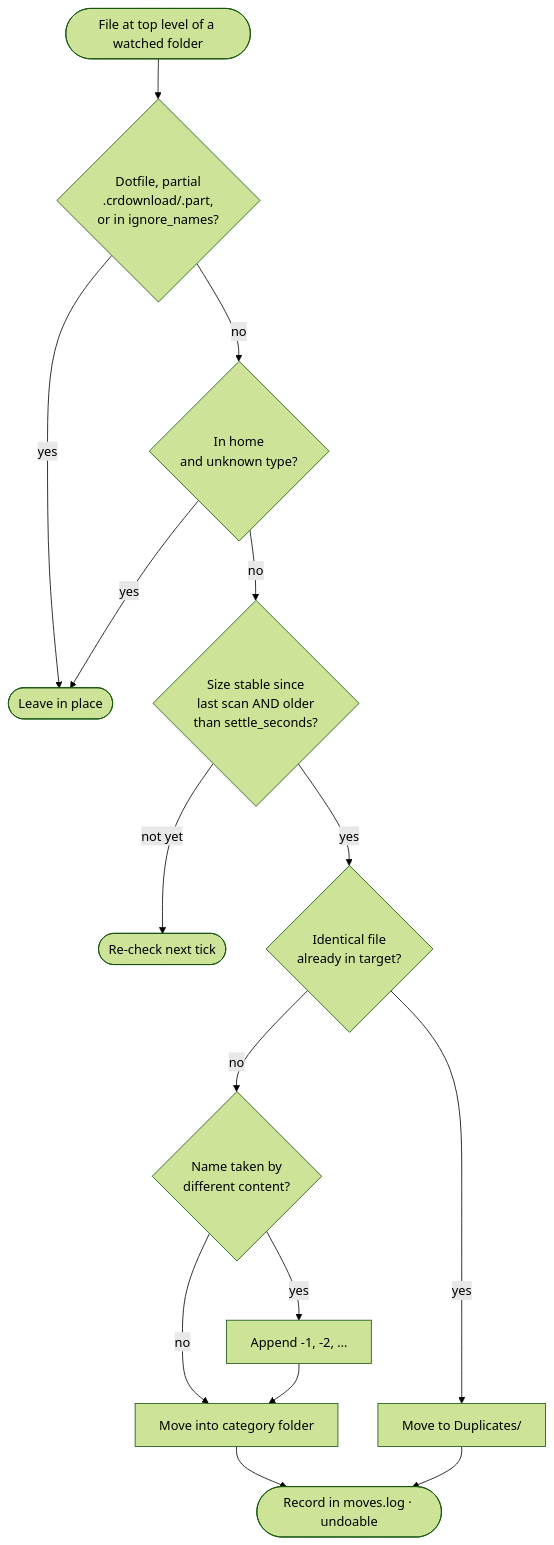
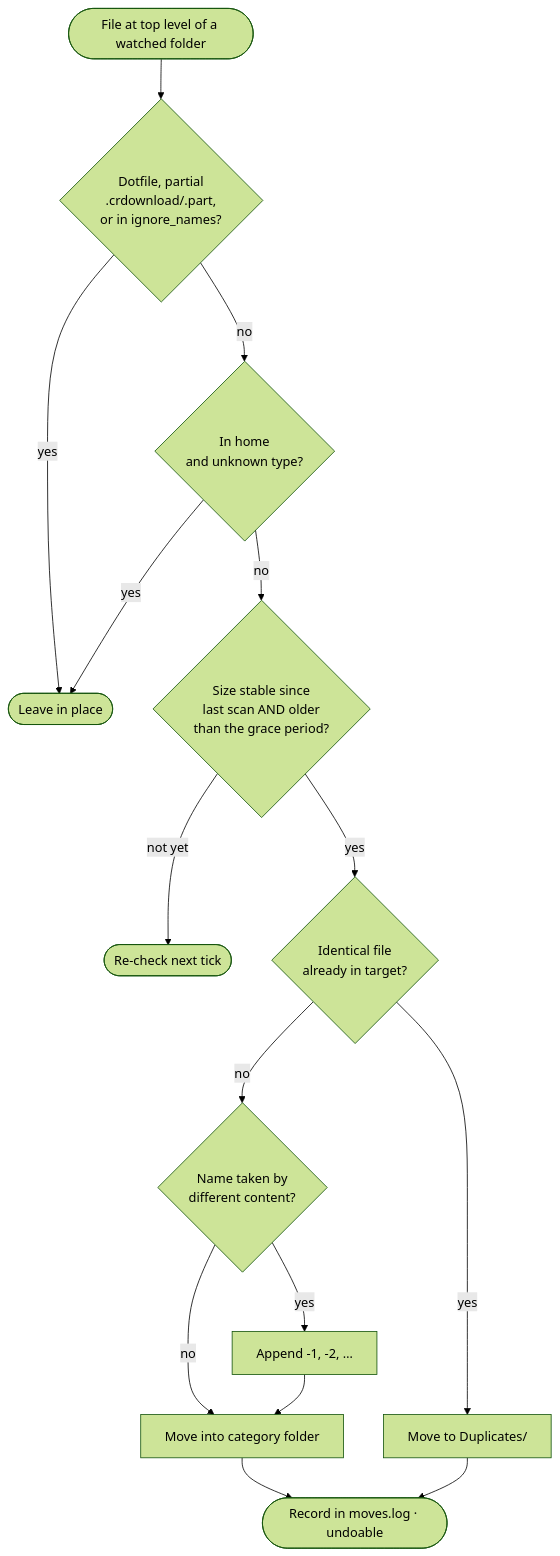
The second of 3 diagrams in README.md (patrickdeanfox/downloads-sorter), drawn with Mermaid (forest theme) before and after one commit. The commit also changed other lines of this file and 5 other files, not shown here.

First line of the commit message:
Add 10-minute grace period before autosorting

````diff
--- a/README.md
+++ b/README.md
@@ -81,17 +85,17 @@
 ```mermaid
 flowchart TD
     A([File at top level of a watched folder]) --> B{Dotfile, partial<br/>.crdownload/.part,<br/>or in ignore_names?}
     B -- yes --> SKIP([Leave in place])
     B -- no --> H{In home<br/>and unknown type?}
     H -- yes --> SKIP
-    H -- no --> S{Size stable since<br/>last scan AND older<br/>than settle_seconds?}
+    H -- no --> S{Size stable since<br/>last scan AND older<br/>than the grace period?}
     S -- not yet --> WAIT([Re-check next tick])
     S -- yes --> D{Identical file<br/>already in target?}
     D -- yes --> DUP[Move to Duplicates/]
     D -- no --> N{Name taken by<br/>different content?}
     N -- yes --> R[Append -1, -2, …]
     N -- no --> M[Move into category folder]
     R --> M
     M --> L([Record in moves.log · undoable])
     DUP --> L
 ```
````
